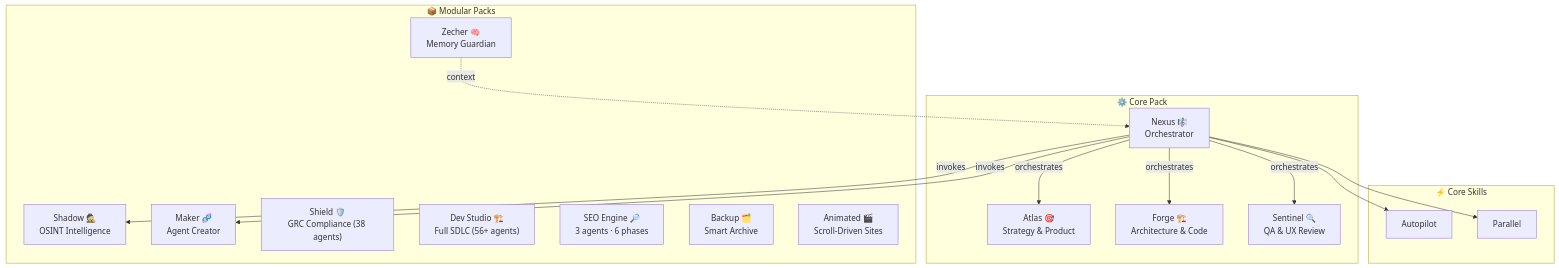
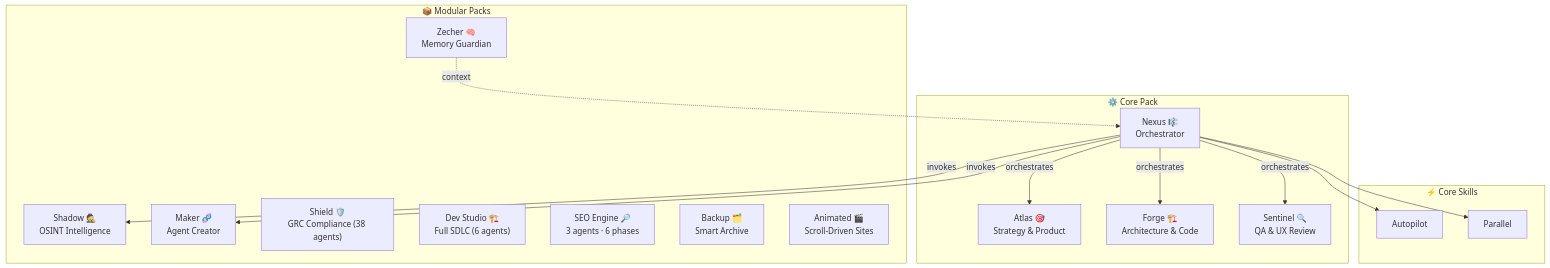
Before and after one commit to lrochetta/BMAD-PLUS: the diagram in README.md, drawn with Mermaid. The commit also changed 64 other files, not shown here.

````diff
--- a/README.md
+++ b/README.md
@@ -252,34 +252,34 @@
 ```mermaid
 graph TB
     subgraph Core["⚙️ Core Pack"]
         AT["Atlas 🎯<br/>Strategy & Product"]
         FG["Forge 🏗️<br/>Architecture & Code"]
         SN["Sentinel 🔍<br/>QA & UX Review"]
         NX["Nexus 🎼<br/>Orchestrator"]
     end
 
     subgraph Packs["📦 Modular Packs"]
         SH["Shadow 🕵️<br/>OSINT Intelligence"]
         MK["Maker 🧬<br/>Agent Creator"]
         ZC["Zecher 🧠<br/>Memory Guardian"]
         SD["Shield 🛡️<br/>GRC Compliance (38 agents)"]
-        DS["Dev Studio 🏗️<br/>Full SDLC (56+ agents)"]
+        DS["Dev Studio 🏗️<br/>Full SDLC (6 agents)"]
         SEO["SEO Engine 🔎<br/>3 agents · 6 phases"]
         BK["Backup 🗂️<br/>Smart Archive"]
         AN["Animated 🎬<br/>Scroll-Driven Sites"]
     end
 
     subgraph Skills["⚡ Core Skills"]
         AP[Autopilot]
         PL[Parallel]
     end
 
     NX -->|orchestrates| AT
     NX -->|orchestrates| FG
     NX -->|orchestrates| SN
     NX -->|invokes| SH
     NX -->|invokes| MK
     NX --> AP
     NX --> PL
     ZC -.->|context| NX
 ```
````
